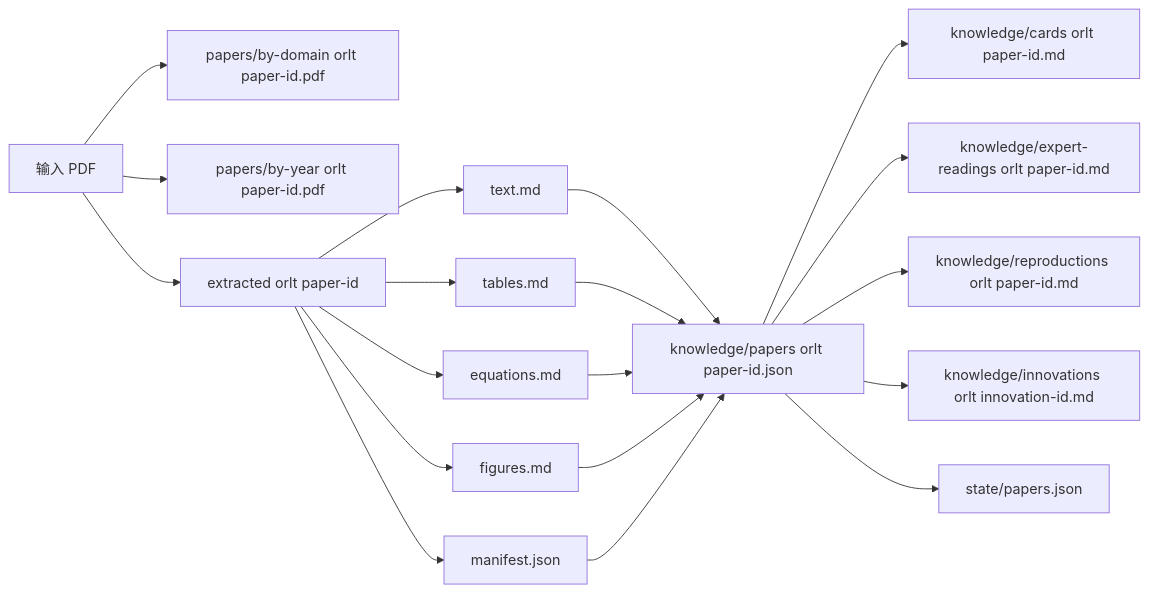
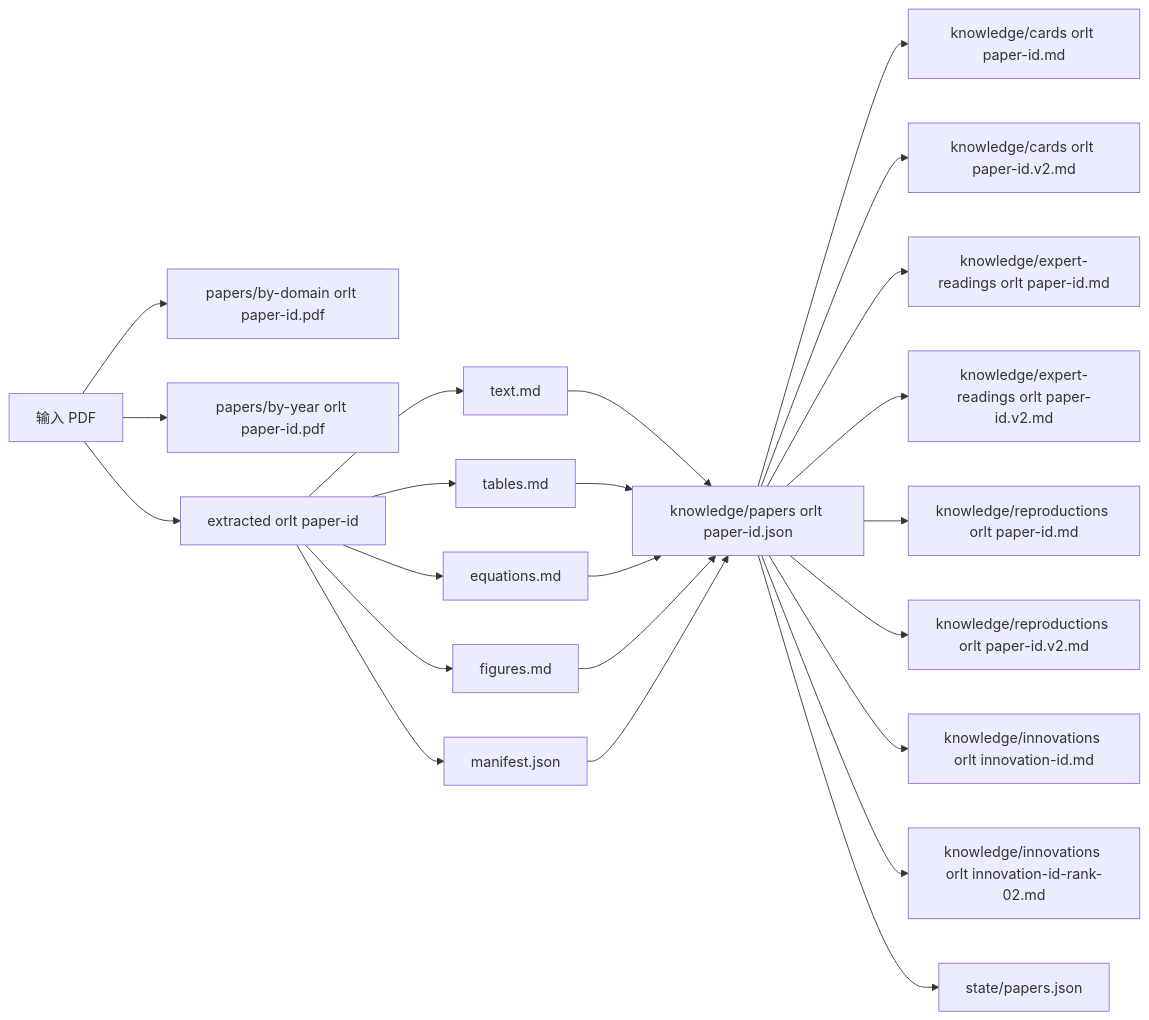
The second of 5 diagrams in docs/论文研究技能可视化工作流.md (swordfate3/papers_skills), drawn with Mermaid before and after one commit. The commit also changed other lines of this file and 8 other files, not shown here.

````diff
--- a/docs/论文研究技能可视化工作流.md
+++ b/docs/论文研究技能可视化工作流.md
@@ -57,24 +87,28 @@
 ```mermaid
 flowchart LR
     A[输入 PDF] --> B[papers/by-domain orlt paper-id.pdf]
     A --> C[papers/by-year orlt paper-id.pdf]
     A --> D[extracted orlt paper-id]
 
     D --> D1[text.md]
     D --> D2[tables.md]
     D --> D3[equations.md]
     D --> D4[figures.md]
     D --> D5[manifest.json]
 
     D1 --> E[knowledge/papers orlt paper-id.json]
     D2 --> E
     D3 --> E
     D4 --> E
     D5 --> E
 
     E --> F[knowledge/cards orlt paper-id.md]
+    E --> F2[knowledge/cards orlt paper-id.v2.md]
     E --> G[knowledge/expert-readings orlt paper-id.md]
+    E --> G2[knowledge/expert-readings orlt paper-id.v2.md]
     E --> H[knowledge/reproductions orlt paper-id.md]
+    E --> H2[knowledge/reproductions orlt paper-id.v2.md]
     E --> I[knowledge/innovations orlt innovation-id.md]
+    E --> I2[knowledge/innovations orlt innovation-id-rank-02.md]
     E --> J[state/papers.json]
 ```
````
